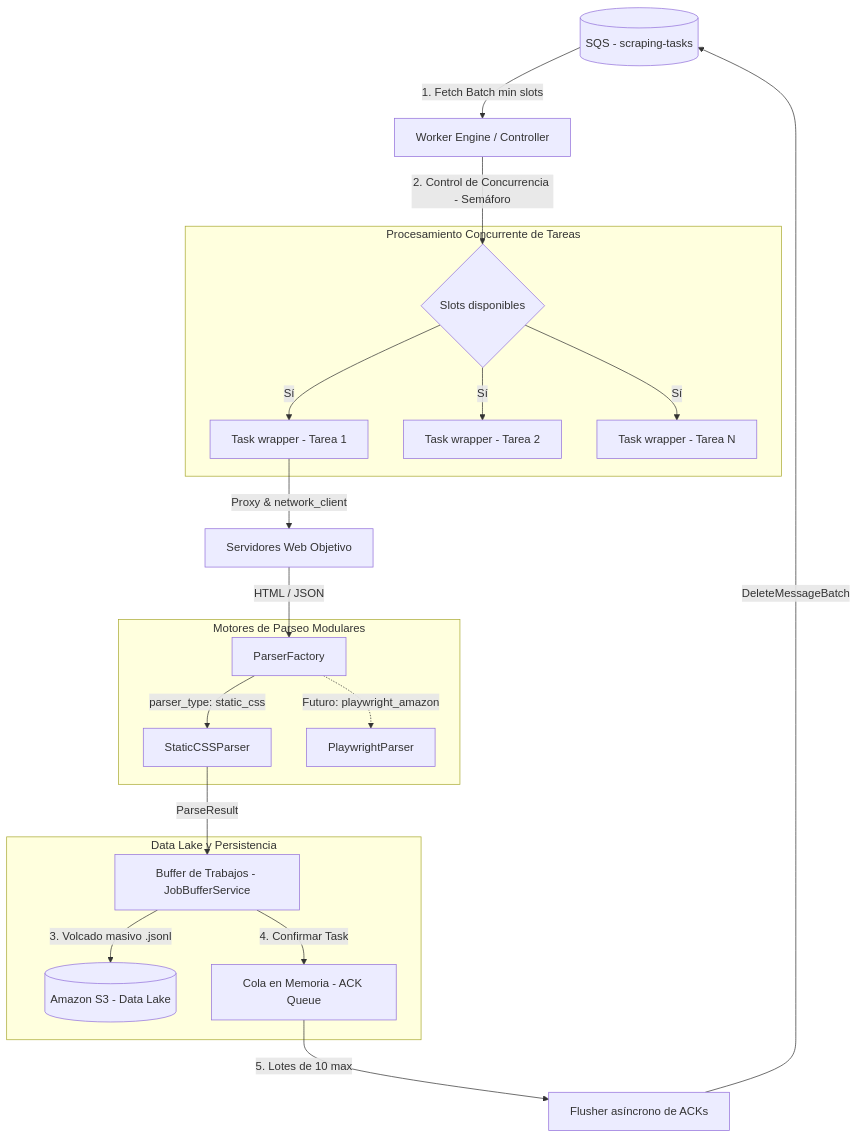
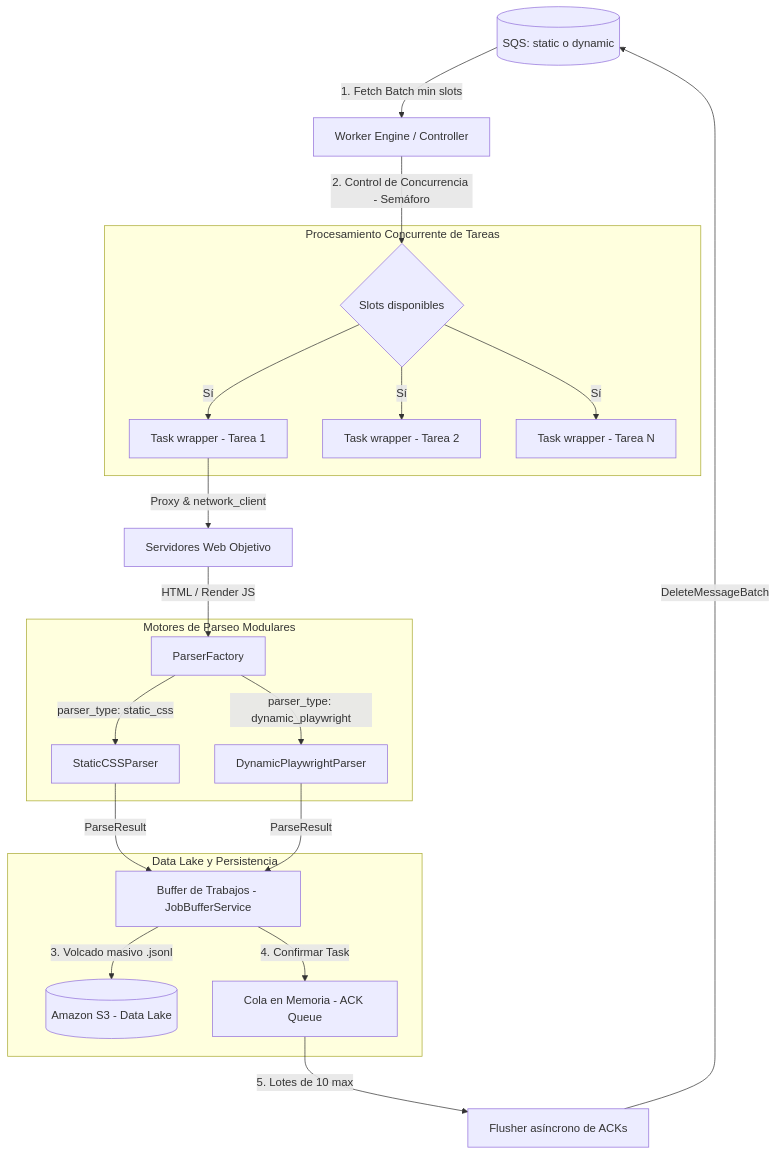
Before and after one commit to ArturoCarrilloJimenez/WebScrapingDistributed: the first of 2 diagrams in worker/README.md, drawn with Mermaid. The commit also changed other lines of this file and 4 other files, not shown here.

````diff
--- a/worker/README.md
+++ b/worker/README.md
@@ -11,29 +11,30 @@
 ```mermaid
 graph TD
-    SQS[(SQS - scraping-tasks)] -->|1. Fetch Batch min slots| Engine[Worker Engine / Controller]
+    SQS[(SQS: static o dynamic)] -->|1. Fetch Batch min slots| Engine[Worker Engine / Controller]
     Engine -->|2. Control de Concurrencia - Semáforo| Semaphore{Slots disponibles}
     
     subgraph Procesamiento Concurrente de Tareas
         Semaphore -->|Sí| Task1[Task wrapper - Tarea 1]
         Semaphore -->|Sí| Task2[Task wrapper - Tarea 2]
         Semaphore -->|Sí| TaskN[Task wrapper - Tarea N]
     end
 
     Task1 -->|Proxy & network_client| Web[Servidores Web Objetivo]
-    Web -->|HTML / JSON| ParserFactory[ParserFactory]
+    Web -->|HTML / Render JS| ParserFactory[ParserFactory]
     
     subgraph Motores de Parseo Modulares
         ParserFactory -->|parser_type: static_css| StaticCSS[StaticCSSParser]
-        ParserFactory -.->|Futuro: playwright_amazon| Playwright[PlaywrightParser]
+        ParserFactory -->|parser_type: dynamic_playwright| Playwright[DynamicPlaywrightParser]
     end
 
     StaticCSS -->|ParseResult| BufferService[Buffer de Trabajos - JobBufferService]
+    Playwright -->|ParseResult| BufferService
     
     subgraph DL [Data Lake y Persistencia]
         BufferService -->|3. Volcado masivo .jsonl| S3[(Amazon S3 - Data Lake)]
         BufferService -->|4. Confirmar Task| MemoryQueue[Cola en Memoria - ACK Queue]
     end
 
     MemoryQueue -->|5. Lotes de 10 max| Flusher[Flusher asíncrono de ACKs]
     Flusher -->|DeleteMessageBatch| SQS
 ```
````
